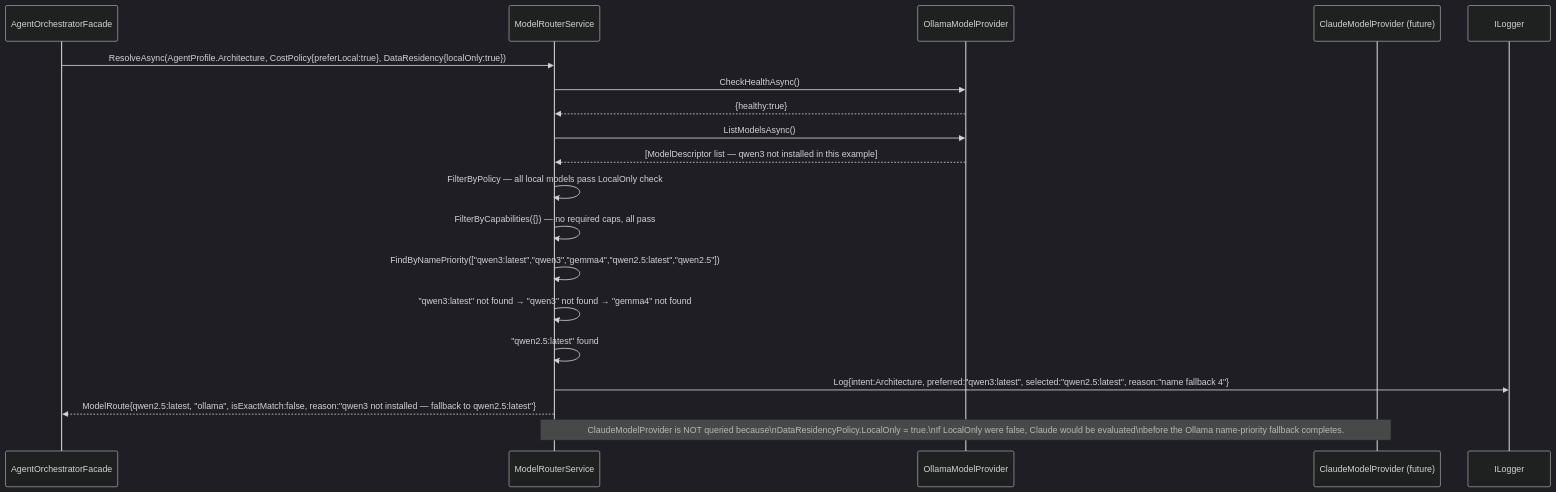
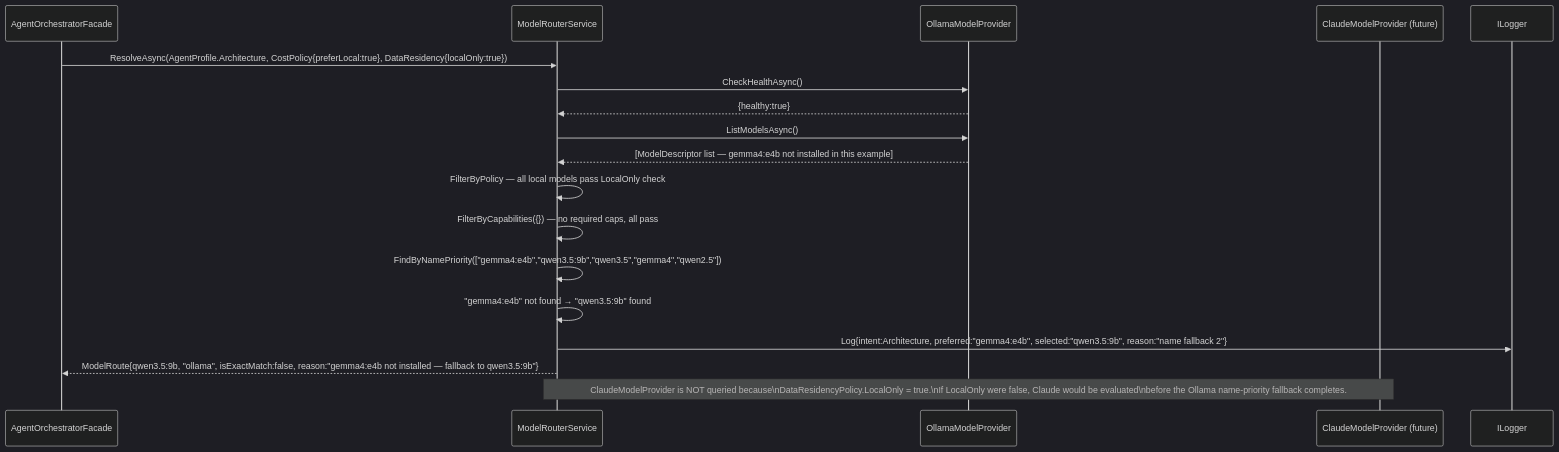
Before and after one commit to ekanatha-urivakili/EminentAiAgent: diagram 17 of 19 in docs/AGENT_2_AGENT_ARCHITECTURE.md, drawn with Mermaid (dark theme). The commit also changed other lines of this file and 14 other files, not shown here.

````diff
--- a/docs/AGENT_2_AGENT_ARCHITECTURE.md
+++ b/docs/AGENT_2_AGENT_ARCHITECTURE.md
@@ -1270,27 +1273,26 @@
 ```mermaid
 sequenceDiagram
     participant AOF as AgentOrchestratorFacade
     participant MR as ModelRouterService
     participant OProv as OllamaModelProvider
     participant CProv as ClaudeModelProvider (future)
     participant Log as ILogger
 
     AOF->>MR: ResolveAsync(AgentProfile.Architecture, CostPolicy{preferLocal:true}, DataResidency{localOnly:true})
 
     MR->>OProv: CheckHealthAsync()
     OProv-->>MR: {healthy:true}
 
     MR->>OProv: ListModelsAsync()
-    OProv-->>MR: [ModelDescriptor list — qwen3 not installed in this example]
+    OProv-->>MR: [ModelDescriptor list — gemma4:e4b not installed in this example]
 
     MR->>MR: FilterByPolicy — all local models pass LocalOnly check
     MR->>MR: FilterByCapabilities({}) — no required caps, all pass
-    MR->>MR: FindByNamePriority(["qwen3:latest","qwen3","gemma4","qwen2.5:latest","qwen2.5"])
-    MR->>MR: "qwen3:latest" not found → "qwen3" not found → "gemma4" not found
-    MR->>MR: "qwen2.5:latest" found
-    MR->>Log: Log{intent:Architecture, preferred:"qwen3:latest", selected:"qwen2.5:latest", reason:"name fallback 4"}
+    MR->>MR: FindByNamePriority(["gemma4:e4b","qwen3.5:9b","qwen3.5","gemma4","qwen2.5"])
+    MR->>MR: "gemma4:e4b" not found → "qwen3.5:9b" found
+    MR->>Log: Log{intent:Architecture, preferred:"gemma4:e4b", selected:"qwen3.5:9b", reason:"name fallback 2"}
 
-    MR-->>AOF: ModelRoute{qwen2.5:latest, "ollama", isExactMatch:false, reason:"qwen3 not installed — fallback to qwen2.5:latest"}
+    MR-->>AOF: ModelRoute{qwen3.5:9b, "ollama", isExactMatch:false, reason:"gemma4:e4b not installed — fallback to qwen3.5:9b"}
 
     Note over MR,CProv: ClaudeModelProvider is NOT queried because\nDataResidencyPolicy.LocalOnly = true.\nIf LocalOnly were false, Claude would be evaluated\nbefore the Ollama name-priority fallback completes.
 ```
````
